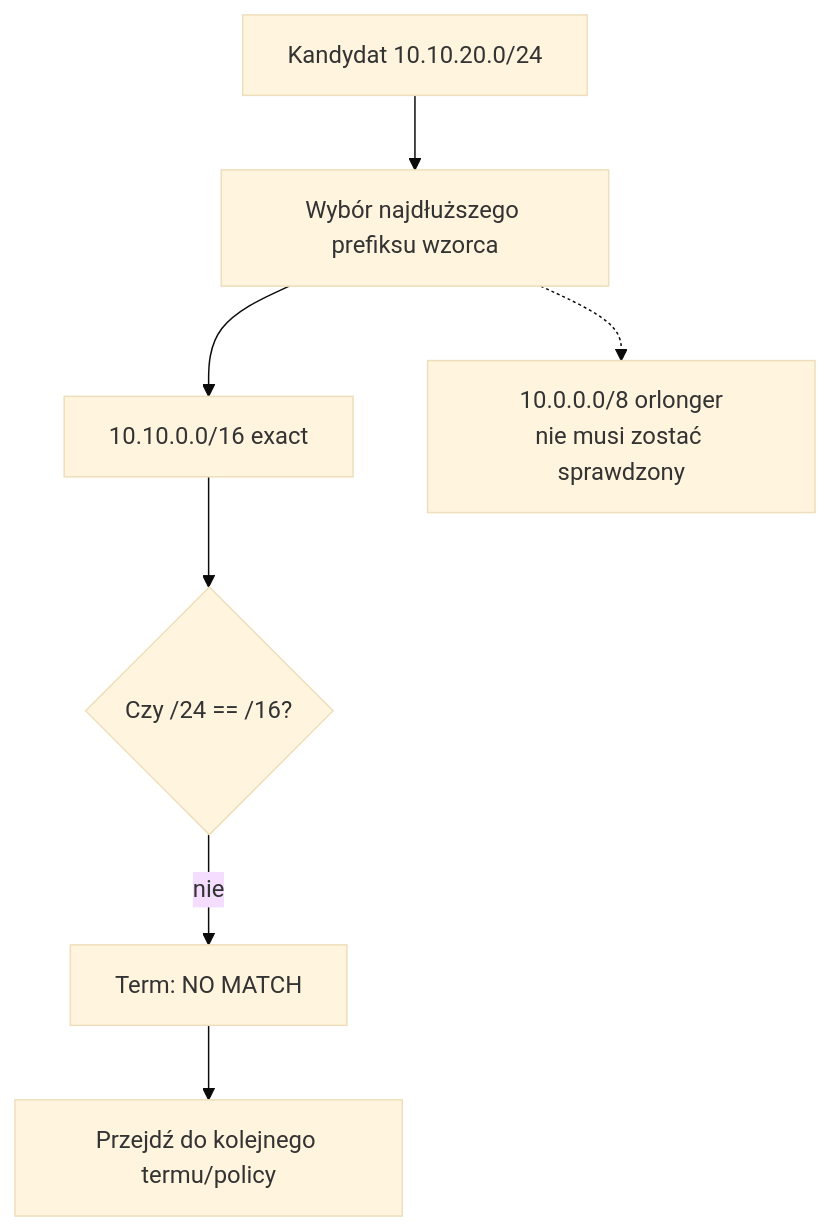
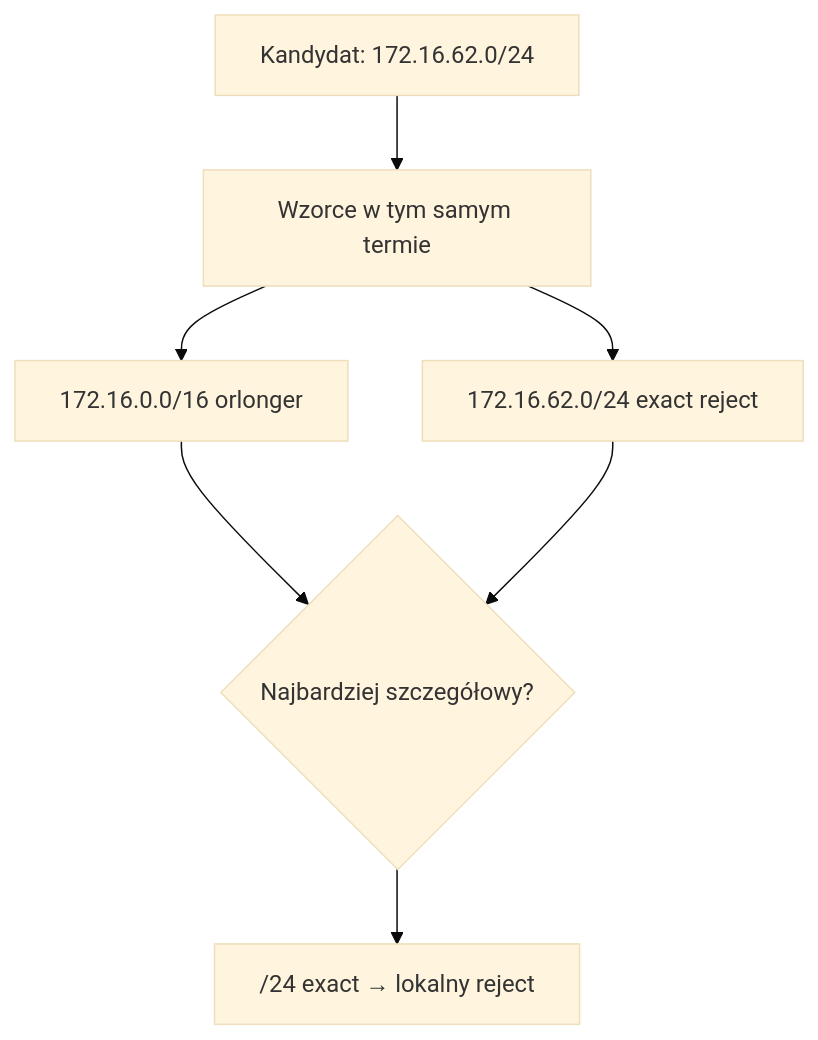
The fifth of 8 diagrams in docs/chapters/JUNOS_Rozdzial_08_Routing_Policy_and_Firewall_Filters.md (nelto79/jncip), drawn with Mermaid (base theme) before and after one commit. The commit also changed other lines of this file, not shown here.

````diff
--- a/docs/chapters/JUNOS_Rozdzial_08_Routing_Policy_and_Firewall_Filters.md
+++ b/docs/chapters/JUNOS_Rozdzial_08_Routing_Policy_and_Firewall_Filters.md
@@ -376,9 +448,9 @@
 ```mermaid
 flowchart TD
-    C["Kandydat 10.10.20.0/24"] --> T["Wybór najdłuższego prefiksu wzorca"]
-    T --> X["10.10.0.0/16 exact"]
-    X --> Q{"Czy /24 == /16?"}
-    Q -->|nie| M["Term: NO MATCH"]
-    M --> N["Przejdź do kolejnego termu/policy"]
-    T -.-> Z["10.0.0.0/8 orlonger<br/>nie musi zostać sprawdzony"]
+  P["Kandydat: 172.16.62.0/24"] --> W["Wzorce w tym samym termie"]
+  W --> A["172.16.0.0/16 orlonger"]
+  W --> B["172.16.62.0/24 exact reject"]
+  A --> C{"Najbardziej szczegółowy?"}
+  B --> C
+  C --> D["/24 exact → lokalny reject"]
 ```
````
